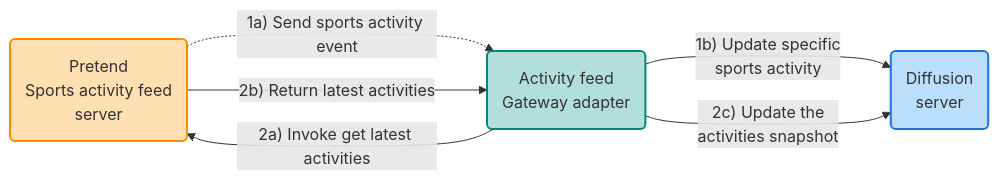
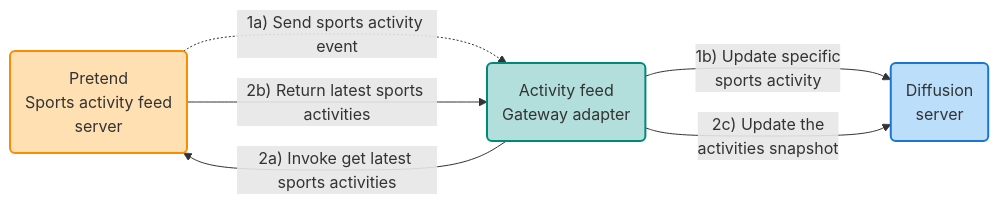
The diagram in sports-activity-feed-adapter/README.md (diffusiondata/gateway-examples), drawn with Mermaid before and after one commit. The commit also changed other lines of this file, not shown here.

Commit message:
DOC-428: sports activity feed streaming and polling example.

````diff
--- a/sports-activity-feed-adapter/README.md
+++ b/sports-activity-feed-adapter/README.md
@@ -51,23 +51,23 @@
 ```mermaid
 flowchart LR
 
 %% Nodes
 AFS("Pretend <br /> Sports activity feed <br /> server"):::orange
 AFG("Activity feed <br /> Gateway adapter"):::green
 DIF("Diffusion <br /> server"):::blue
 
 
 %% Edges
 
 AFS -. 1a) Send sports activity event .-> AFG 
-AFG -- 2a) Invoke get latest activities ---> AFS
-AFS -- 2b) Return latest activities --> AFG
+AFG -- 2a) Invoke get latest sports activities ---> AFS
+AFS -- 2b) Return latest sports activities --> AFG
 
 AFG -- 1b) Update specific \n sports activity --> DIF
 AFG -- 2c) Update the \n activities snapshot ---> DIF
 
 %% Styling
 classDef green fill:#B2DFDB,stroke:#00897B,stroke-width:2px;
 classDef orange fill:#FFE0B2,stroke:#FB8C00,stroke-width:2px;
 classDef blue fill:#BBDEFB,stroke:#1976D2,stroke-width:2px;
 ```
````
